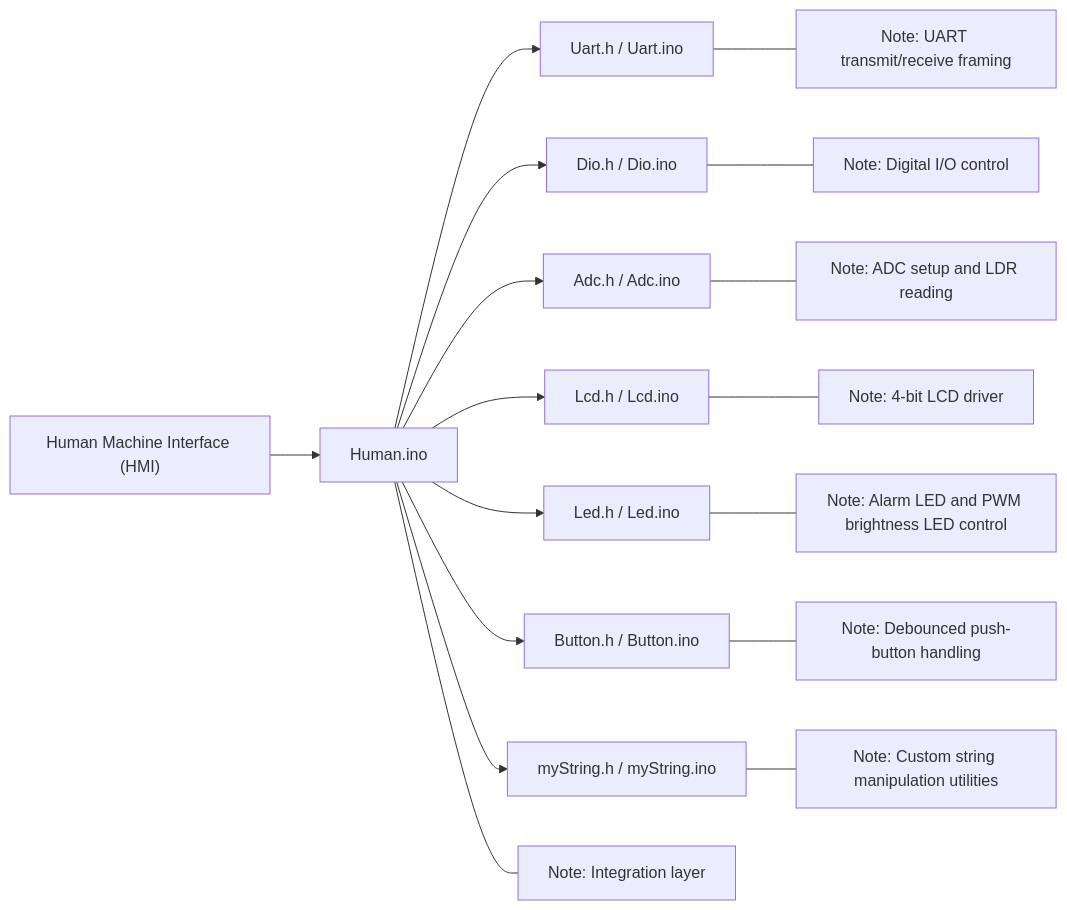
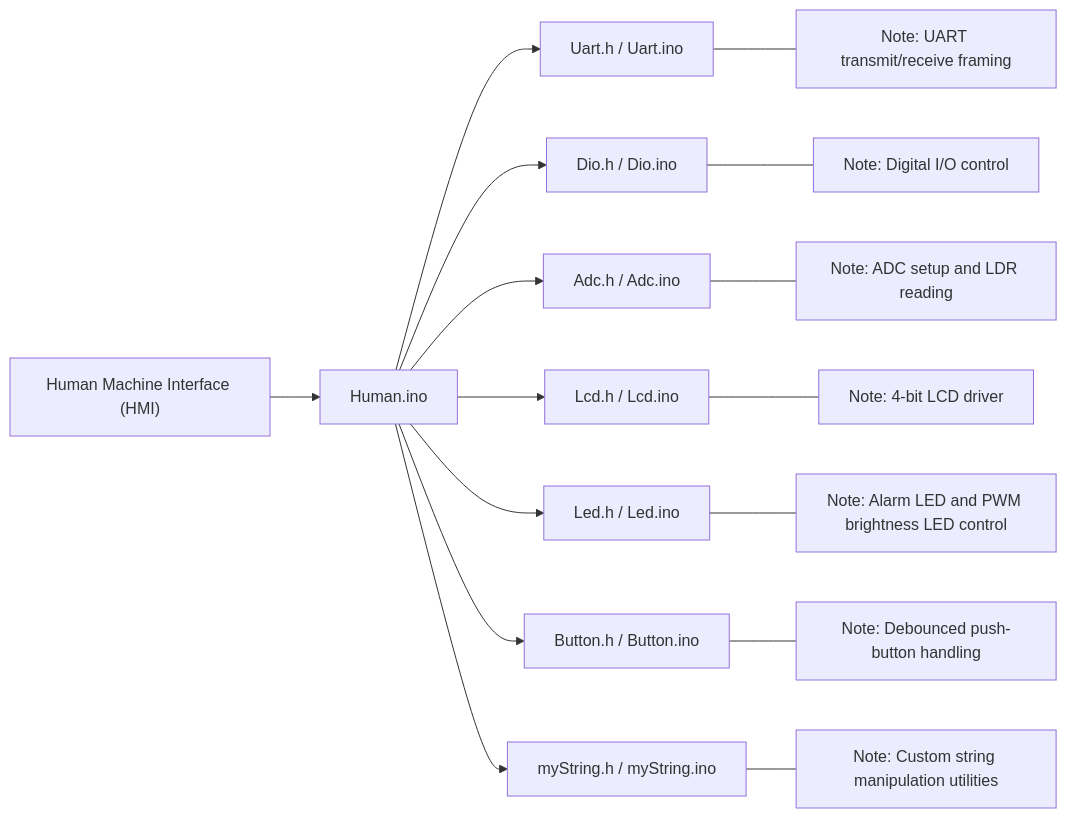
One commit to tarekmahmoud05/Human-Machine-Interface changed the first of 2 diagrams in README.md. Above: the diagram before and after it, drawn with Mermaid.

````diff
--- a/README.md
+++ b/README.md
@@ -21,43 +21,41 @@
 ```mermaid
 graph LR
     %% Main Architecture Elements
     HMI["Human Machine Interface (HMI)"]
     Human["Human.ino"]
     Uart["Uart.h / Uart.ino"]
     Dio["Dio.h / Dio.ino"]
     Adc["Adc.h / Adc.ino"]
     Lcd["Lcd.h / Lcd.ino"]
     Led["Led.h / Led.ino"]
     Button["Button.h / Button.ino"]
     myString["myString.h / myString.ino"]
 
     %% Direct Structural Hierarchy (Left-to-Right layout)
     HMI --> Human
     Human --> Uart
     Human --> Dio
     Human --> Adc
     Human --> Lcd
     Human --> Led
     Human --> Button
     Human --> myString
 
-    %% Side Alignment Documentation Boxes
-    Note1["Note: Integration layer"]
-    Note2["Note: UART transmit/receive framing"]
-    Note3["Note: Digital I/O control"]
-    Note4["Note: ADC setup and LDR reading"]
-    Note5["Note: 4-bit LCD driver"]
-    Note6["Note: Alarm LED and PWM brightness LED control"]
-    Note7["Note: Debounced push-button handling"]
-    Note8["Note: Custom string manipulation utilities"]
+    %% Side Alignment Documentation Boxes (Re-indexed from 1)
+    Note1["Note: UART transmit/receive framing"]
+    Note2["Note: Digital I/O control"]
+    Note3["Note: ADC setup and LDR reading"]
+    Note4["Note: 4-bit LCD driver"]
+    Note5["Note: Alarm LED and PWM brightness LED control"]
+    Note6["Note: Debounced push-button handling"]
+    Note7["Note: Custom string manipulation utilities"]
 
     %% Link the notes to the boxes cleanly
-    Human --- Note1
-    Uart --- Note2
-    Dio --- Note3
-    Adc --- Note4
-    Lcd --- Note5
-    Led --- Note6
-    Button --- Note7
-    myString --- Note8
+    Uart --- Note1
+    Dio --- Note2
+    Adc --- Note3
+    Lcd --- Note4
+    Led --- Note5
+    Button --- Note6
+    myString --- Note7
 ```
````
